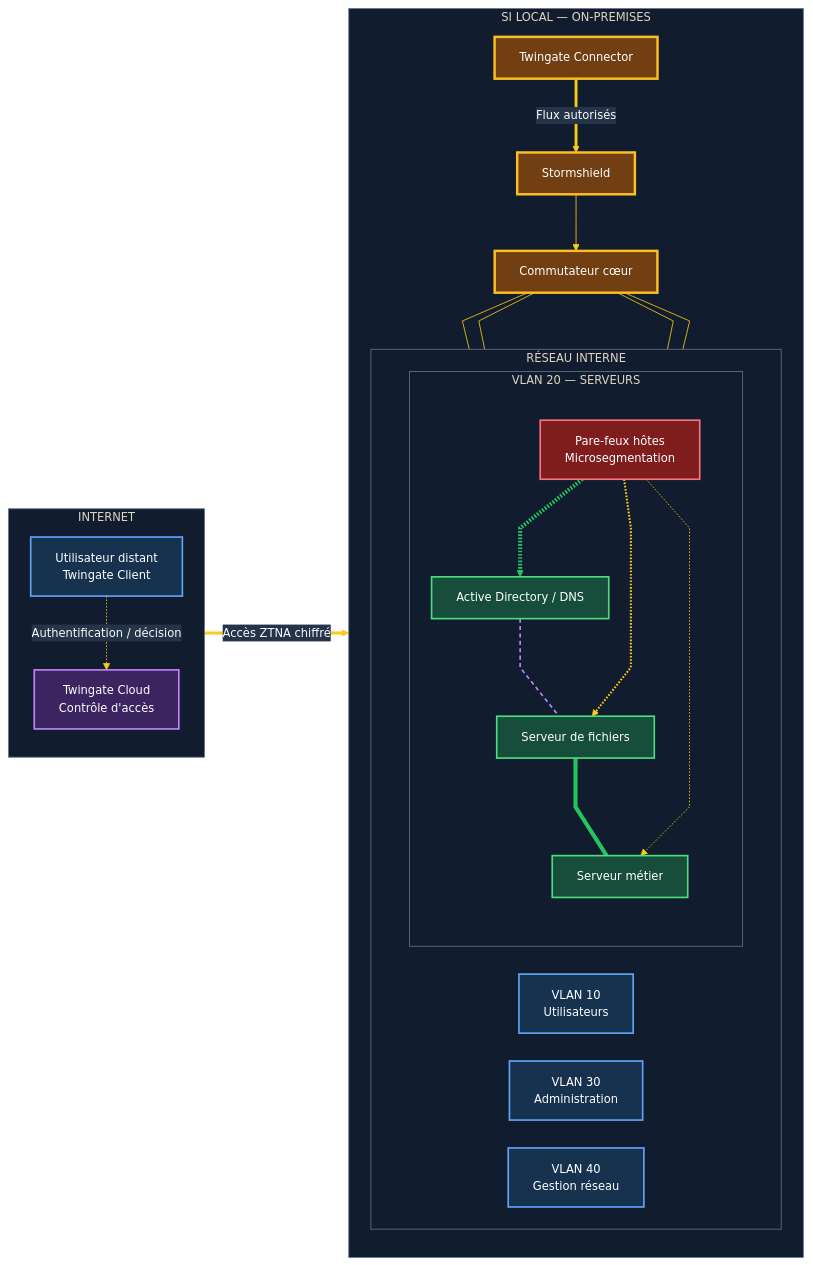
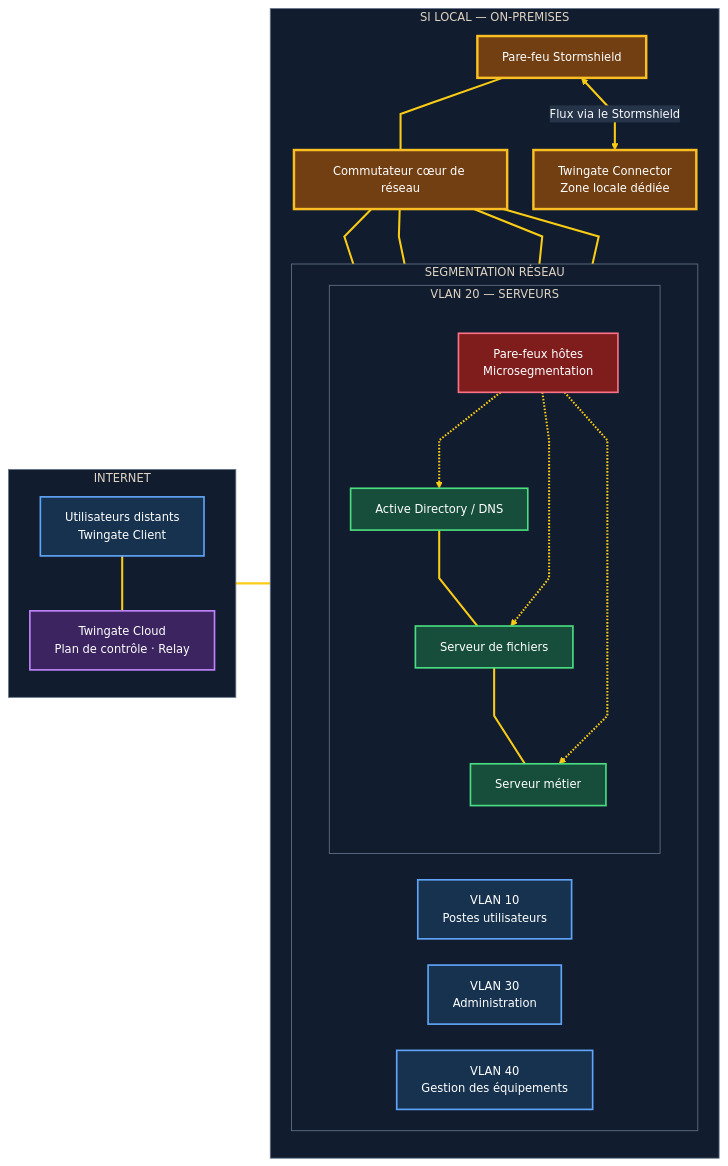
The diagram in projects/01-zero-trust-architecture/diagrams/02-target-architecture.mmd (Chanc-111/Chanc-111), drawn with Mermaid before and after one commit.

Commit message:
Restore previous target architecture diagram

```diff
--- a/projects/01-zero-trust-architecture/diagrams/02-target-architecture.mmd
+++ b/projects/01-zero-trust-architecture/diagrams/02-target-architecture.mmd
@@ -1,59 +1,55 @@
-%%{init: {"theme":"base","themeVariables":{"background":"#0b1220","primaryColor":"#172b45","primaryTextColor":"#f8fafc","primaryBorderColor":"#60a5fa","lineColor":"#facc15","secondaryColor":"#182235","tertiaryColor":"#202b3d","clusterBkg":"#111c2e","clusterBorder":"#64748b","edgeLabelBackground":"#263449","fontFamily":"Arial","fontSize":"14px"},"flowchart":{"curve":"linear","htmlLabels":true,"nodeSpacing":34,"rankSpacing":44}}}%%
+%%{init: {"theme":"base","themeVariables":{"background":"#0b1220","primaryColor":"#172b45","primaryTextColor":"#f8fafc","primaryBorderColor":"#60a5fa","lineColor":"#facc15","secondaryColor":"#182235","tertiaryColor":"#202b3d","clusterBkg":"#111c2e","clusterBorder":"#64748b","edgeLabelBackground":"#263449","fontFamily":"Arial","fontSize":"14px"},"flowchart":{"curve":"linear","htmlLabels":true,"nodeSpacing":32,"rankSpacing":42}}}%%
 flowchart LR
     subgraph INTERNET["INTERNET"]
         direction TB
-        CLIENT["Utilisateur distant<br/>Twingate Client"]
-        TWIN["Twingate Cloud<br/>Contrôle d'accès"]
+        REMOTE["Utilisateurs distants<br/>Twingate Client"]
+        TWIN["Twingate Cloud<br/>Plan de contrôle · Relay"]
     end
 
     subgraph SI["SI LOCAL — ON-PREMISES"]
         direction TB
-        CONN["Twingate Connector"]
-        FW["Stormshield"]
-        CORE["Commutateur cœur"]
+        FW["Pare-feu Stormshield"]
+        CORE["Commutateur cœur de réseau"]
 
-        subgraph ZONES["RÉSEAU INTERNE"]
+        subgraph ZONES["SEGMENTATION RÉSEAU"]
             direction LR
-            V10["VLAN 10<br/>Utilisateurs"]
+            V10["VLAN 10<br/>Postes utilisateurs"]
             V30["VLAN 30<br/>Administration"]
             subgraph V20["VLAN 20 — SERVEURS"]
                 direction TB
                 AD["Active Directory / DNS"]
                 FILES["Serveur de fichiers"]
                 APP["Serveur métier"]
                 MICRO["Pare-feux hôtes<br/>Microsegmentation"]
                 AD ~~~ FILES
                 FILES ~~~ APP
                 MICRO -.-> AD
                 MICRO -.-> FILES
                 MICRO -.-> APP
             end
-            V40["VLAN 40<br/>Gestion réseau"]
+            V40["VLAN 40<br/>Gestion des équipements"]
         end
+        CONN["Twingate Connector<br/>Zone locale dédiée"]
     end
 
-    CLIENT -.->|"Authentification / décision"| TWIN
-    CLIENT ==>|"Accès ZTNA chiffré"| CONN
-    CONN ==>|"Flux autorisés"| FW
-    FW --> CORE
+    REMOTE --- TWIN
+    TWIN --- FW
+    FW --- CORE
     CORE --- V10
     CORE --- V30
     CORE --- V20
     CORE --- V40
+    FW <-->|"Flux via le Stormshield"| CONN
 
     classDef endpoint fill:#16324f,stroke:#60a5fa,stroke-width:2px,color:#ffffff
     classDef control fill:#3b245f,stroke:#c084fc,stroke-width:2px,color:#ffffff
     classDef network fill:#713f12,stroke:#fbbf24,stroke-width:3px,color:#ffffff
     classDef server fill:#164e3b,stroke:#4ade80,stroke-width:2px,color:#ffffff
     classDef micro fill:#7f1d1d,stroke:#fb7185,stroke-width:2px,color:#ffffff
 
-    class CLIENT,V10,V30,V40 endpoint
+    class REMOTE,V10,V30,V40 endpoint
     class TWIN control
-    class CONN,FW,CORE network
+    class FW,CORE,CONN network
     class AD,FILES,APP server
     class MICRO micro
-
-    linkStyle 0 stroke:#c084fc,stroke-width:2px,stroke-dasharray:5 4,color:#f8fafc
-    linkStyle 1 stroke:#22c55e,stroke-width:5px,color:#ffffff
-    linkStyle 2 stroke:#22c55e,stroke-width:5px,color:#ffffff
-    linkStyle 3 stroke:#facc15,stroke-width:2.5px,color:#f8fafc
+    linkStyle default stroke:#facc15,stroke-width:2.5px,color:#f8fafc
```
